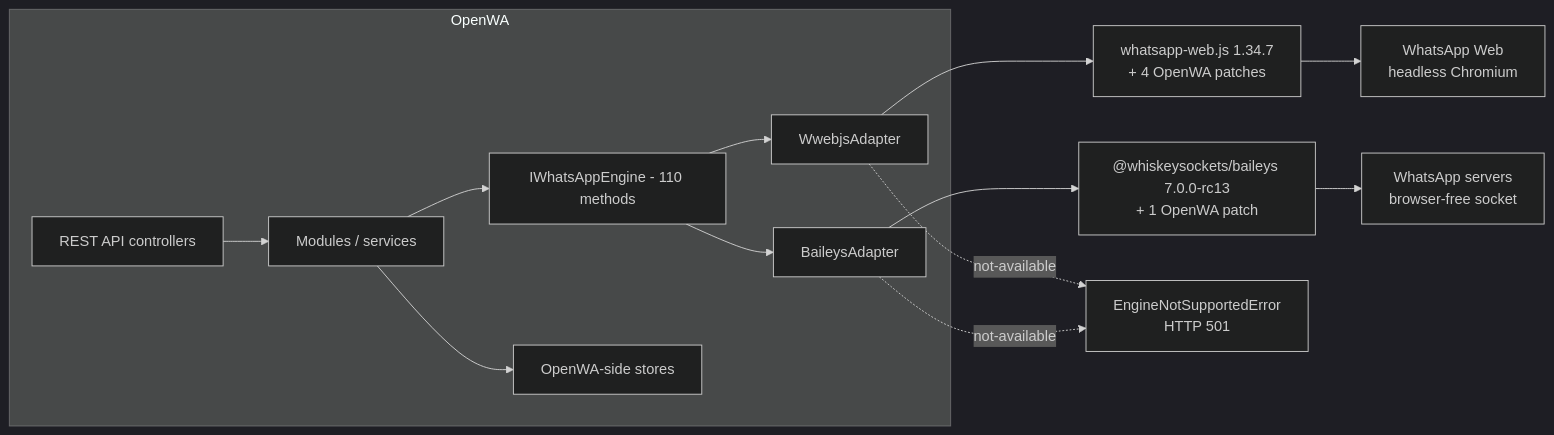
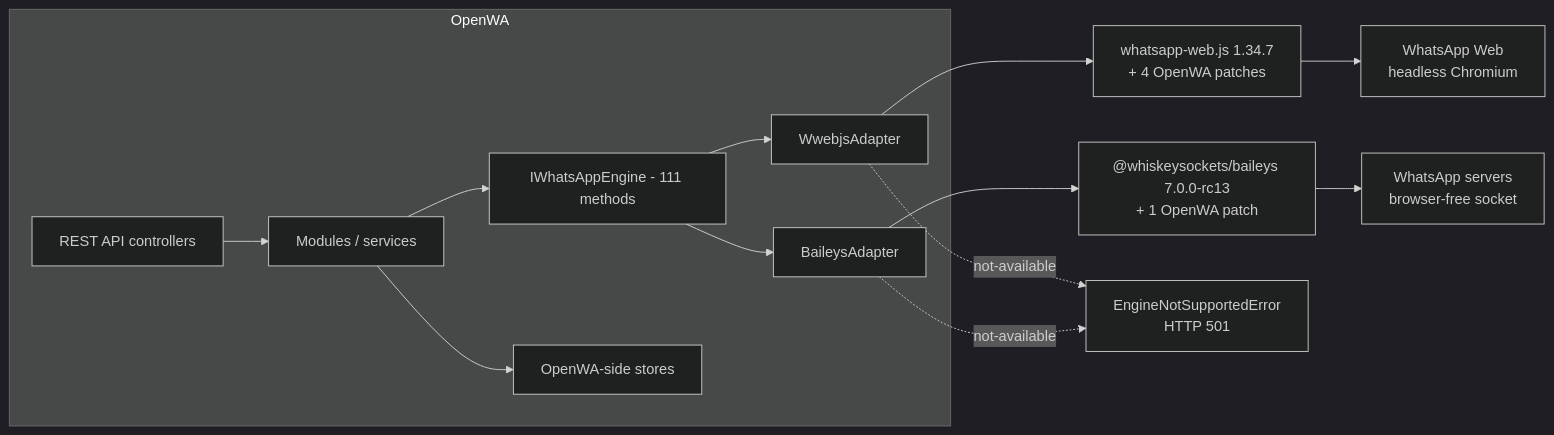
The first of 2 diagrams in docs/29-engine-capability-matrix.md (nourayman21k/OpenWA), drawn with Mermaid (dark theme) before and after one commit. The commit also changed other lines of this file and 16 other files, not shown here.

````diff
--- a/docs/29-engine-capability-matrix.md
+++ b/docs/29-engine-capability-matrix.md
@@ -42,16 +42,16 @@
 ```mermaid
 flowchart LR
     subgraph OpenWA["OpenWA"]
         API["REST API controllers"] --> SVC["Modules / services"]
-        SVC --> IF["IWhatsAppEngine - 110 methods"]
+        SVC --> IF["IWhatsAppEngine - 111 methods"]
         IF --> WA["WwebjsAdapter"]
         IF --> BA["BaileysAdapter"]
         SVC --> STORE["OpenWA-side stores"]
     end
     WA --> WLIB["whatsapp-web.js 1.34.7<br/>+ 4 OpenWA patches"]
     BA --> BLIB["@whiskeysockets/baileys 7.0.0-rc13<br/>+ 1 OpenWA patch"]
     WLIB --> WEB["WhatsApp Web<br/>headless Chromium"]
     BLIB --> WAS["WhatsApp servers<br/>browser-free socket"]
     WA -.->|"not-available"| E["EngineNotSupportedError<br/>HTTP 501"]
     BA -.->|"not-available"| E
 ```
````
